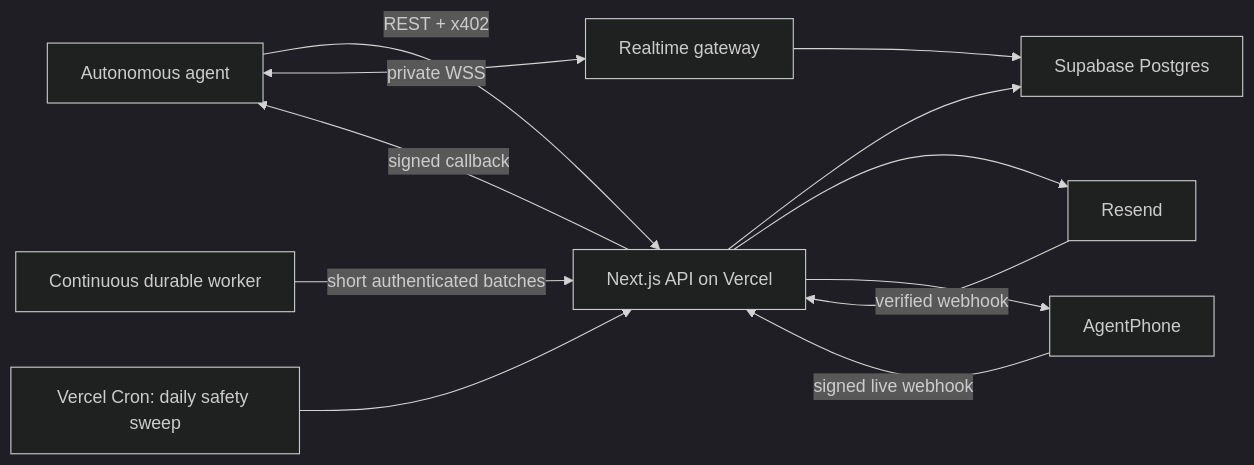
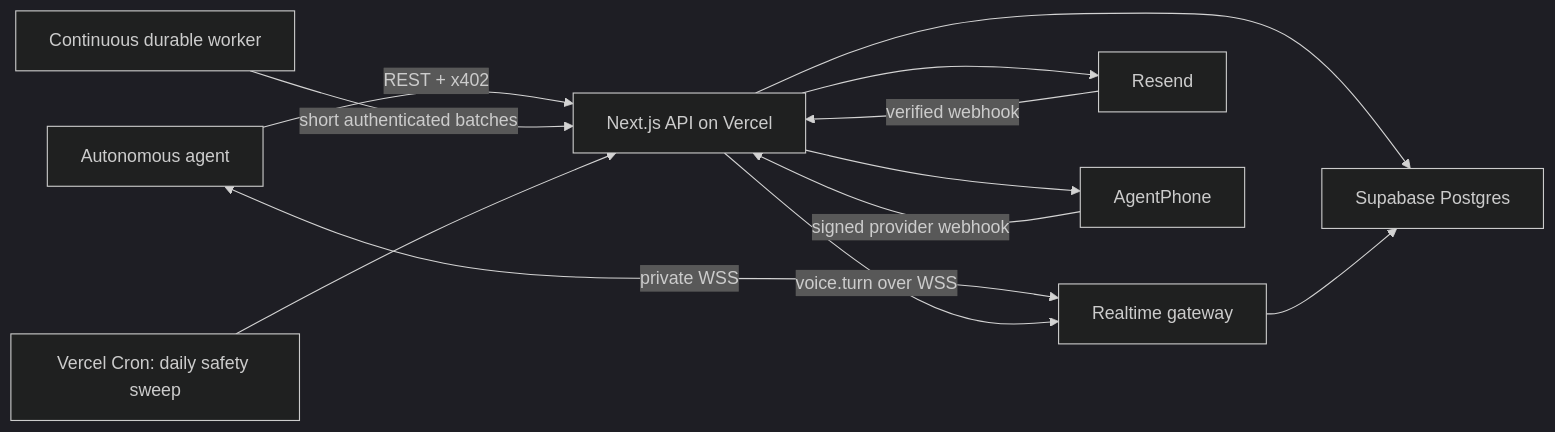
Before and after one commit to hosein-ul/AgentOS: the first of 2 diagrams in README.md, drawn with Mermaid (dark theme). The commit also changed other lines of this file and 3 other files, not shown here.

````diff
--- a/README.md
+++ b/README.md
@@ -32,14 +103,14 @@
 ```mermaid
 flowchart LR
   A["Autonomous agent"] -->|"REST + x402"| V["Next.js API on Vercel"]
   A <-->|"private WSS"| G["Realtime gateway"]
   V --> S["Supabase Postgres"]
   G --> S
   W["Continuous durable worker"] -->|"short authenticated batches"| V
   C["Vercel Cron: daily safety sweep"] --> V
   V --> R["Resend"]
   R -->|"verified webhook"| V
   V --> P["AgentPhone"]
-  P -->|"signed live webhook"| V
-  V -->|"signed callback"| A
+  P -->|"signed provider webhook"| V
+  V -->|"voice.turn over WSS"| G
 ```
````
